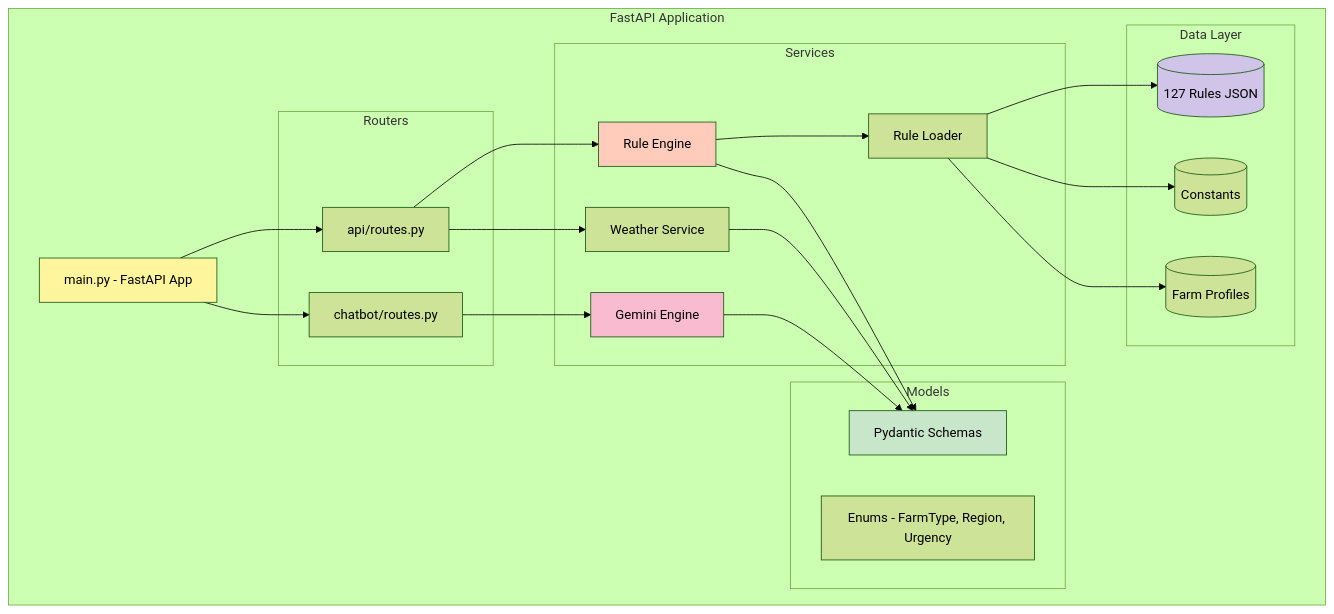
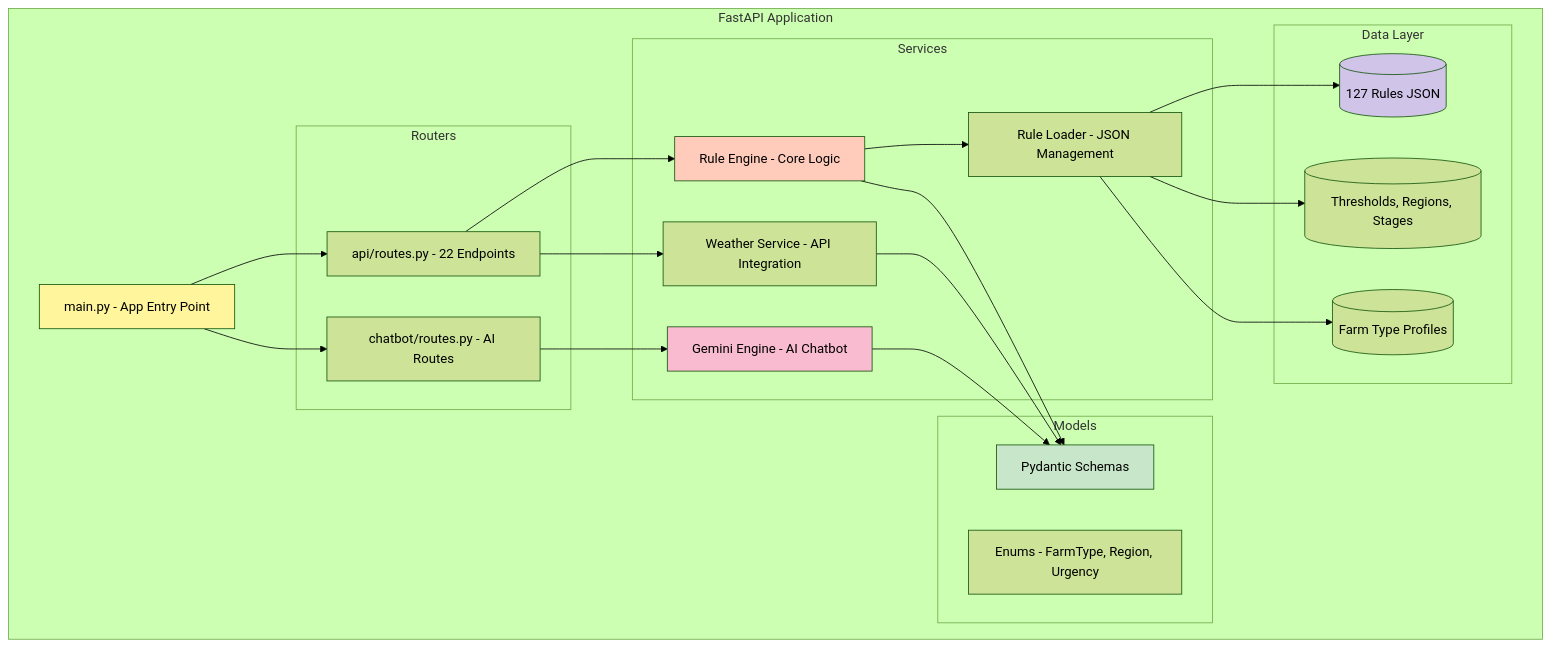
Before and after one commit to Ismat-Samadov/rule_based_system: the first of 3 diagrams in backend/README.md, drawn with Mermaid (forest theme). The commit also changed other lines of this file and 29 other files, not shown here.

````diff
--- a/backend/README.md
+++ b/backend/README.md
@@ -59,51 +58,51 @@
 ```mermaid
 graph TB
     subgraph "FastAPI Application"
-        Main[main.py - FastAPI App]
+        Main[main.py - App Entry Point]
 
         subgraph "Routers"
-            API[api/routes.py]
-            Chat[chatbot/routes.py]
+            API[api/routes.py - 22 Endpoints]
+            Chat[chatbot/routes.py - AI Routes]
         end
 
         subgraph "Services"
-            RE[Rule Engine]
-            RL[Rule Loader]
-            WS[Weather Service]
-            GE[Gemini Engine]
+            RE[Rule Engine - Core Logic]
+            RL[Rule Loader - JSON Management]
+            WS[Weather Service - API Integration]
+            GE[Gemini Engine - AI Chatbot]
         end
 
         subgraph "Models"
             Schema[Pydantic Schemas]
             Enums[Enums - FarmType, Region, Urgency]
         end
 
         subgraph "Data Layer"
             Rules[(127 Rules JSON)]
-            Constants[(Constants)]
-            Profiles[(Farm Profiles)]
+            Constants[(Thresholds, Regions, Stages)]
+            Profiles[(Farm Type Profiles)]
         end
     end
 
     Main --> API
     Main --> Chat
 
     API --> RE
     API --> WS
     Chat --> GE
 
     RE --> RL
     RL --> Rules
     RL --> Constants
     RL --> Profiles
 
     RE --> Schema
     WS --> Schema
     GE --> Schema
 
     style Main fill:#fff59d
     style RE fill:#ffccbc
     style GE fill:#f8bbd0
     style Rules fill:#d1c4e9
     style Schema fill:#c8e6c9
 ```
````
